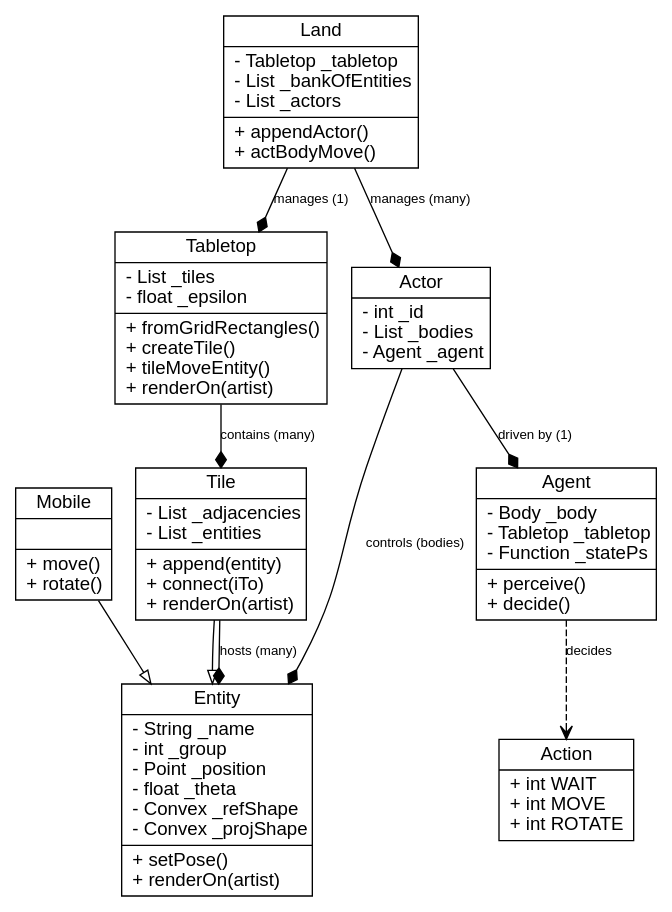
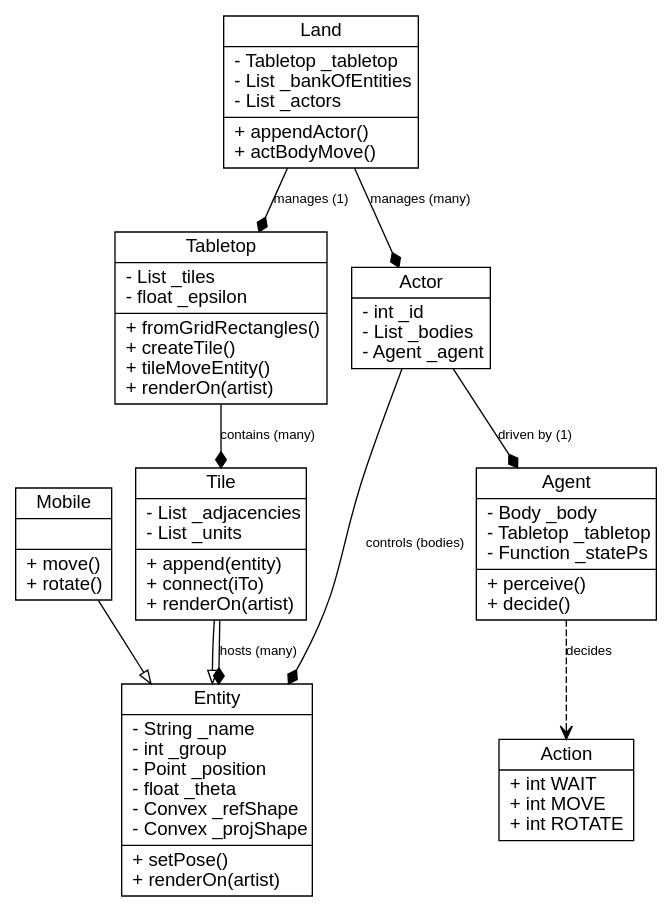
Before and after one commit to imt-mobisyst/tiledland: the diagram in docs/figs/diagramUML.dot, drawn with Graphviz. The commit also changed 31 other files, not shown here.

```diff
--- a/docs/figs/diagramUML.dot
+++ b/docs/figs/diagramUML.dot
@@ -1,29 +1,29 @@
 digraph TiledLand {
     node [shape=record, fontname="Arial"];
     edge [fontname="Arial", fontsize=10];
 
     // Classes
     Entity [label="{Entity|- String _name\l- int _group\l- Point _position\l- float _theta\l- Convex _refShape\l- Convex _projShape\l|+ setPose()\l+ renderOn(artist)\l}"];
     Mobile [label="{Mobile||+ move()\l+ rotate()\l}"];
-    Tile [label="{Tile|- List _adjacencies\l- List _entities\l|+ append(entity)\l+ connect(iTo)\l+ renderOn(artist)\l}"];
+    Tile [label="{Tile|- List _adjacencies\l- List _units\l|+ append(entity)\l+ connect(iTo)\l+ renderOn(artist)\l}"];
     Tabletop [label="{Tabletop|- List _tiles\l- float _epsilon\l|+ fromGridRectangles()\l+ createTile()\l+ tileMoveEntity()\l+ renderOn(artist)\l}"];
     Land [label="{Land|- Tabletop _tabletop\l- List _bankOfEntities\l- List _actors\l|+ appendActor()\l+ actBodyMove()\l}"];
     Actor [label="{Actor|- int _id\l- List _bodies\l- Agent _agent\l}"];
     Agent [label="{Agent|- Body _body\l- Tabletop _tabletop\l- Function _statePs\l|+ perceive()\l+ decide()\l}"];
     Action [label="{Action|+ int WAIT\l+ int MOVE\l+ int ROTATE\l}"];
 
     // Inheritance (empty arrow for generalization)
     Mobile -> Entity [arrowhead=empty];
     Tile -> Entity [arrowhead=empty];
 
     // Composition/Aggregation
     Tabletop -> Tile [label="contains (many)", arrowhead=diamond];
     Land -> Tabletop [label="manages (1)", arrowhead=diamond];
     Land -> Actor [label="manages (many)", arrowhead=diamond];
     Actor -> Entity [label="controls (bodies)", arrowhead=diamond];
     Actor -> Agent [label="driven by (1)", arrowhead=diamond];
     Tile -> Entity [label="hosts (many)", arrowhead=diamond];
     
     // Dependency
     Agent -> Action [label="decides", style=dashed, arrowhead=vee];
 }
```
